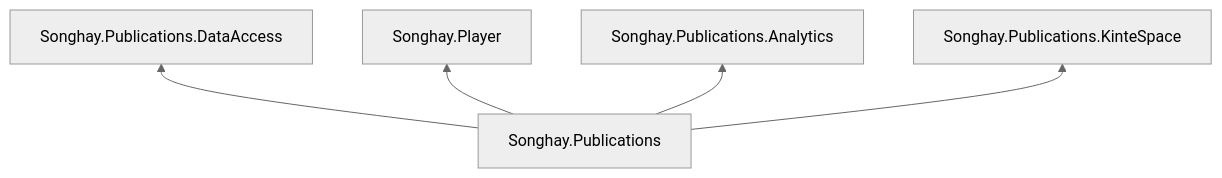
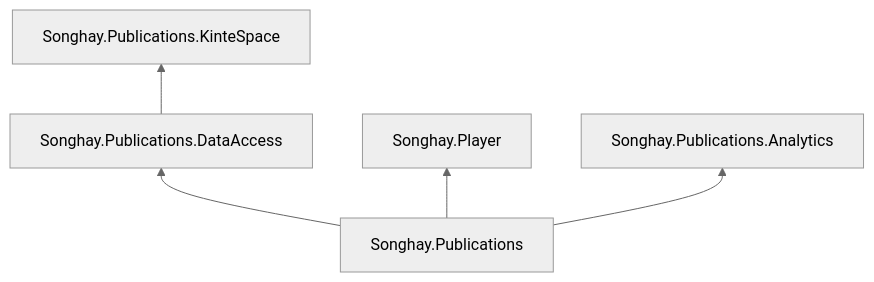
One commit to BryanWilhite/Songhay.Publications changed the diagram in README.md. Above: the diagram before and after it, drawn with Mermaid (neutral theme).

````diff
--- a/README.md
+++ b/README.md
@@ -35,9 +35,9 @@
 ```mermaid
 graph BT
     pubs[Songhay.Publications]
 
     pubs-->1[Songhay.Publications.DataAccess]
     pubs-->2[Songhay.Player]
     pubs-->3[Songhay.Publications.Analytics]
-    pubs-->4[Songhay.Publications.KinteSpace]
+    1-->4[Songhay.Publications.KinteSpace]
 ```
````
